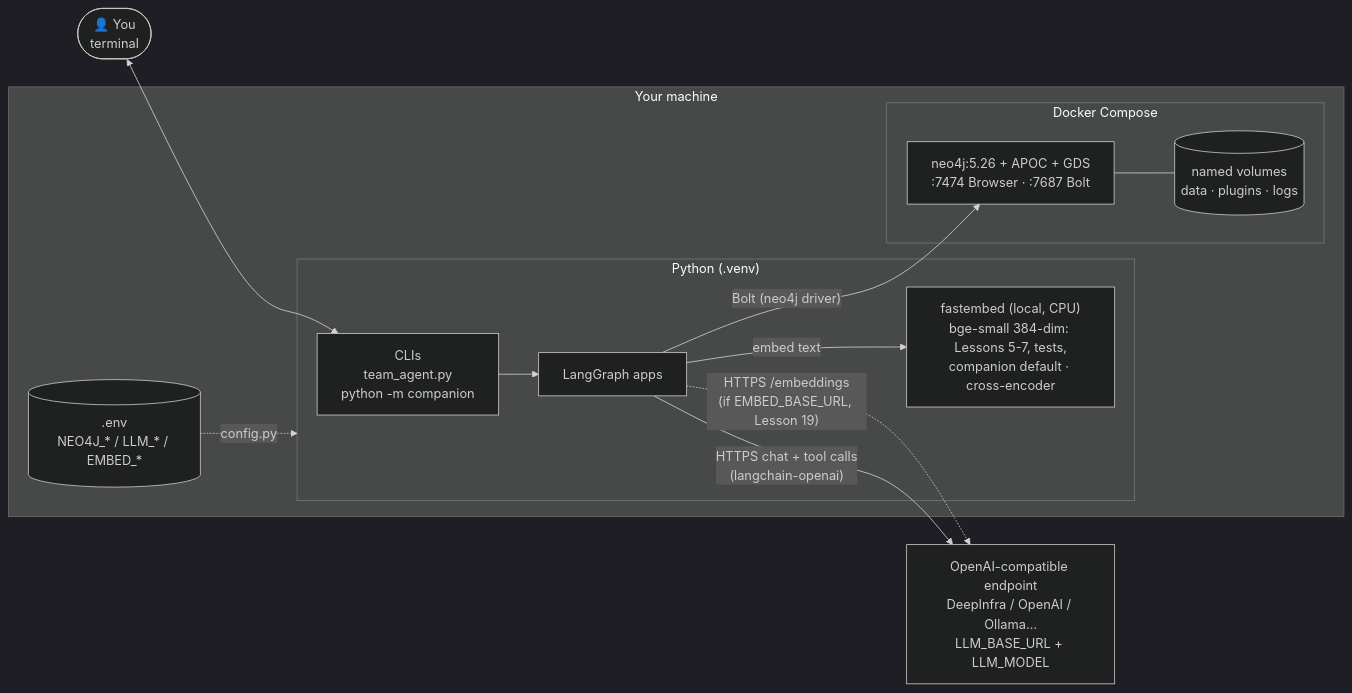
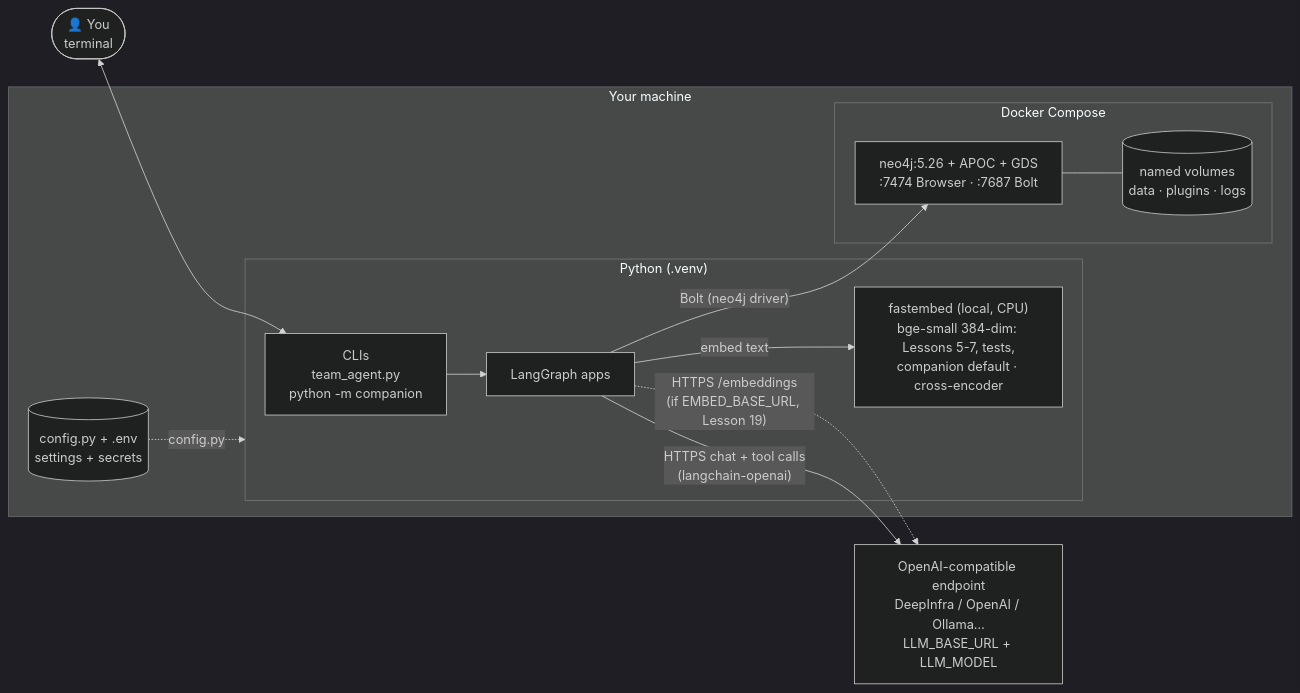
Before and after one commit to theRealMarkCastillo/neo4j-graph-tutorial: the first of 25 diagrams in docs/architecture.md, drawn with Mermaid (dark theme). The commit also changed 12 other files, not shown here.

First line of the commit message:
Move all non-secret settings into config.py

````diff
--- a/docs/architecture.md
+++ b/docs/architecture.md
@@ -46,28 +46,28 @@
 ```mermaid
 flowchart LR
     user(["👤 You<br/>terminal"])
 
     subgraph host["Your machine"]
         subgraph py["Python (.venv)"]
             cli["CLIs<br/>team_agent.py<br/>python -m companion"]
             lg["LangGraph apps"]
             fe["fastembed (local, CPU)<br/>bge-small 384-dim: Lessons 5-7, tests,<br/>companion default · cross-encoder"]
         end
-        env[(".env<br/>NEO4J_* / LLM_* / EMBED_*")]
+        env[("config.py + .env<br/>settings + secrets")]
         subgraph docker["Docker Compose"]
             neo["neo4j:5.26 + APOC + GDS<br/>:7474 Browser · :7687 Bolt"]
             vol[("named volumes<br/>data · plugins · logs")]
         end
     end
 
     llm["OpenAI-compatible endpoint<br/>DeepInfra / OpenAI / Ollama…<br/>LLM_BASE_URL + LLM_MODEL"]
 
     user <--> cli
     cli --> lg
     lg -- "Bolt (neo4j driver)" --> neo
     lg -- "embed text" --> fe
     lg -. "HTTPS /embeddings<br/>(if EMBED_BASE_URL, Lesson 19)" .-> llm
     lg -- "HTTPS chat + tool calls<br/>(langchain-openai)" --> llm
     env -. "config.py" .-> py
     neo --- vol
 ```
````
